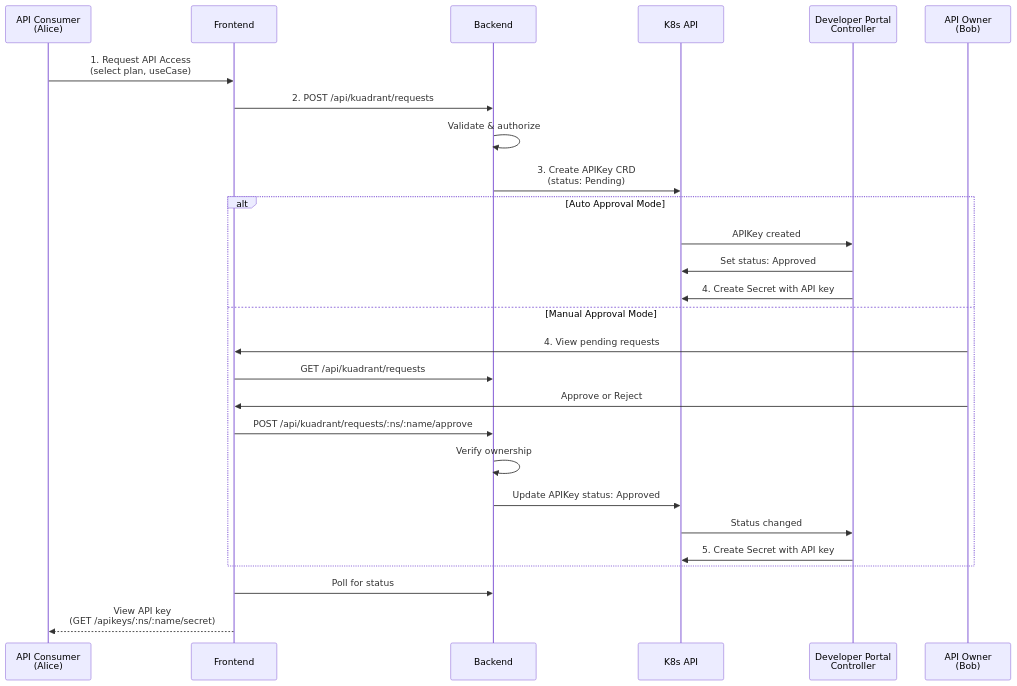
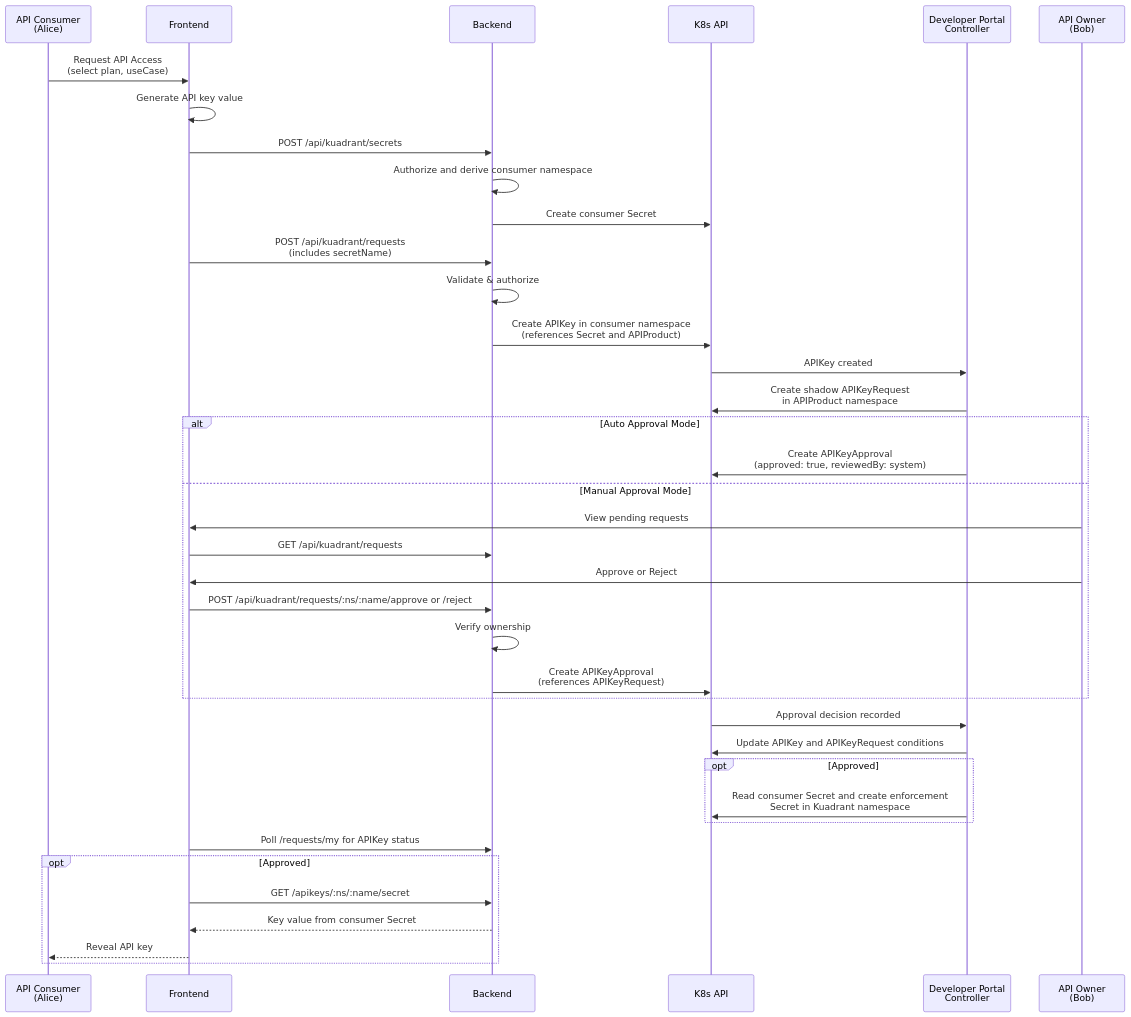
The second of 4 diagrams in docs/plugin-architecture.md (Kuadrant/kuadrant-backstage-plugin), drawn with Mermaid before and after one commit. The commit also changed other lines of this file and 5 other files, not shown here.

Commit message:
docs: correct API key approval and Secret lifecycle

````diff
--- a/docs/plugin-architecture.md
+++ b/docs/plugin-architecture.md
@@ -106,32 +114,43 @@
 ```mermaid
 sequenceDiagram
     participant Consumer as API Consumer<br/>(Alice)
     participant FE as Frontend
     participant BE as Backend
     participant K8s as K8s API
     participant DPC as Developer Portal<br/>Controller
     participant Owner as API Owner<br/>(Bob)
 
-    Consumer->>FE: 1. Request API Access<br/>(select plan, useCase)
-    FE->>BE: 2. POST /api/kuadrant/requests
+    Consumer->>FE: Request API Access<br/>(select plan, useCase)
+    FE->>FE: Generate API key value
+    FE->>BE: POST /api/kuadrant/secrets
+    BE->>BE: Authorize and derive consumer namespace
+    BE->>K8s: Create consumer Secret
+    FE->>BE: POST /api/kuadrant/requests<br/>(includes secretName)
     BE->>BE: Validate & authorize
-    BE->>K8s: 3. Create APIKey CRD<br/>(status: Pending)
+    BE->>K8s: Create APIKey in consumer namespace<br/>(references Secret and APIProduct)
+    K8s->>DPC: APIKey created
+    DPC->>K8s: Create shadow APIKeyRequest<br/>in APIProduct namespace
 
     alt Auto Approval Mode
-        K8s->>DPC: APIKey created
-        DPC->>K8s: Set status: Approved
-        DPC->>K8s: 4. Create Secret with API key
+        DPC->>K8s: Create APIKeyApproval<br/>(approved: true, reviewedBy: system)
     else Manual Approval Mode
-        Owner->>FE: 4. View pending requests
+        Owner->>FE: View pending requests
         FE->>BE: GET /api/kuadrant/requests
         Owner->>FE: Approve or Reject
-        FE->>BE: POST /api/kuadrant/requests/:ns/:name/approve
+        FE->>BE: POST /api/kuadrant/requests/:ns/:name/approve or /reject
         BE->>BE: Verify ownership
-        BE->>K8s: Update APIKey status: Approved
-        K8s->>DPC: Status changed
-        DPC->>K8s: 5. Create Secret with API key
+        BE->>K8s: Create APIKeyApproval<br/>(references APIKeyRequest)
     end
 
-    FE->>BE: Poll for status
-    FE-->>Consumer: View API key<br/>(GET /apikeys/:ns/:name/secret)
+    K8s->>DPC: Approval decision recorded
+    DPC->>K8s: Update APIKey and APIKeyRequest conditions
+    opt Approved
+        DPC->>K8s: Read consumer Secret and create enforcement<br/>Secret in Kuadrant namespace
+    end
+    FE->>BE: Poll /requests/my for APIKey status
+    opt Approved
+        FE->>BE: GET /apikeys/:ns/:name/secret
+        BE-->>FE: Key value from consumer Secret
+        FE-->>Consumer: Reveal API key
+    end
 ```
````
